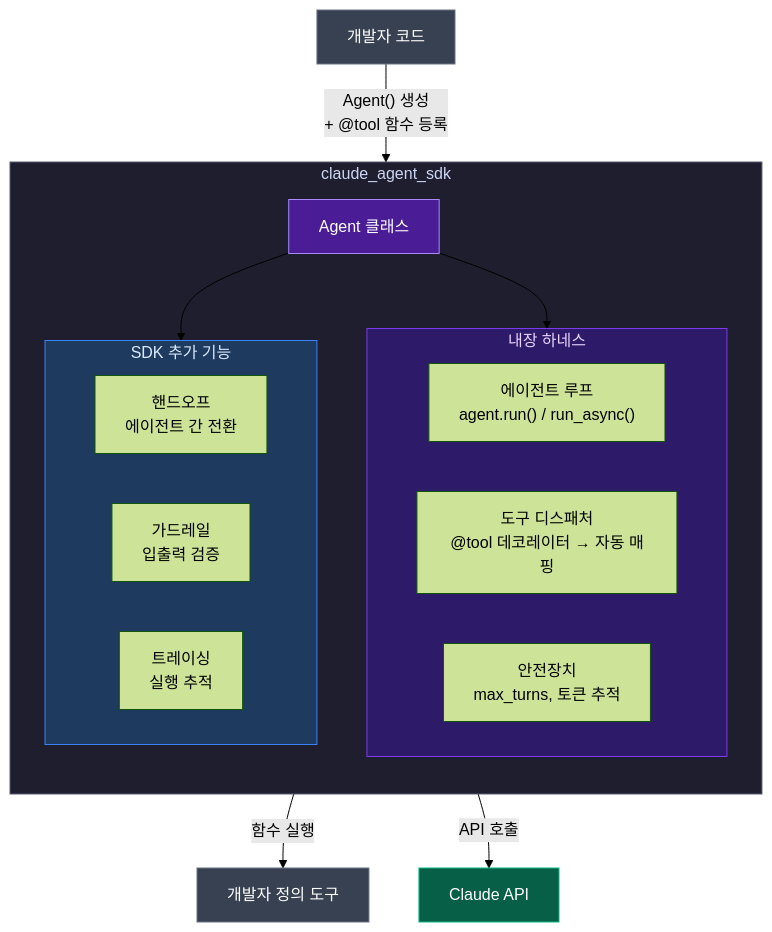
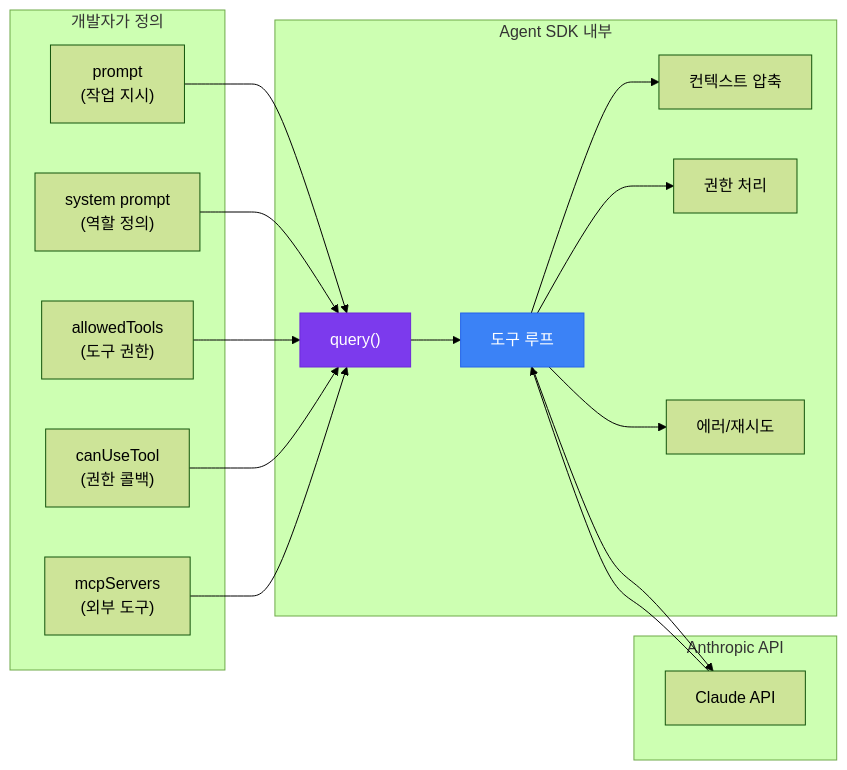
The first of 3 diagrams in Develop/AI/Claude/Claude_Agent.md (GYUTORY/YGSTUDY), drawn with Mermaid (forest theme) before and after one commit. The commit also changed other lines of this file and 4 other files, not shown here.

Commit message:
docs(AI/Claude): claude 에이전트

````diff
--- a/Develop/AI/Claude/Claude_Agent.md
+++ b/Develop/AI/Claude/Claude_Agent.md
@@ -522,35 +21,37 @@
 ```mermaid
-graph TB
-    subgraph SDK["claude_agent_sdk"]
-        direction TB
-        AGENT["Agent 클래스"]
-
-        subgraph HARNESS["내장 하네스"]
-            direction LR
-            LOOP["에이전트 루프<br/>agent.run() / run_async()"]
-            DISPATCH["도구 디스패처<br/>@tool 데코레이터 → 자동 매핑"]
-            SAFETY["안전장치<br/>max_turns, 토큰 추적"]
-        end
-
-        subgraph FEATURES["SDK 추가 기능"]
-            direction LR
-            HANDOFF["핸드오프<br/>에이전트 간 전환"]
-            GUARDRAIL["가드레일<br/>입출력 검증"]
-            TRACE["트레이싱<br/>실행 추적"]
-        end
+graph LR
+    subgraph 개발자가 정의
+        P["prompt<br/>(작업 지시)"]
+        S["system prompt<br/>(역할 정의)"]
+        T["allowedTools<br/>(도구 권한)"]
+        C["canUseTool<br/>(권한 콜백)"]
+        M["mcpServers<br/>(외부 도구)"]
     end
 
-    DEV["개발자 코드"] -->|"Agent() 생성<br/>+ @tool 함수 등록"| AGENT
-    AGENT --> HARNESS
-    AGENT --> FEATURES
-    HARNESS -->|"API 호출"| API["Claude API"]
-    DISPATCH -->|"함수 실행"| TOOLS["개발자 정의 도구"]
+    subgraph Agent SDK 내부
+        Q["query()"]
+        L["도구 루프"]
+        CM["컨텍스트 압축"]
+        PERM["권한 처리"]
+        ERR["에러/재시도"]
+    end
 
-    style SDK fill:#1e1e2e,stroke:#585b70,color:#cdd6f4
-    style HARNESS fill:#2d1b69,stroke:#7c3aed,color:#e9d5ff
-    style FEATURES fill:#1e3a5f,stroke:#3b82f6,color:#dbeafe
-    style AGENT fill:#4a1d96,stroke:#a78bfa,color:#fff
-    style DEV fill:#374151,stroke:#6b7280,color:#fff
-    style API fill:#065f46,stroke:#10b981,color:#fff
-    style TOOLS fill:#374151,stroke:#6b7280,color:#fff
+    subgraph Anthropic API
+        API["Claude API"]
+    end
+
+    P --> Q
+    S --> Q
+    T --> Q
+    C --> Q
+    M --> Q
+    Q --> L
+    L --> PERM
+    L --> CM
+    L --> ERR
+    L --> API
+    API --> L
+
+    style Q fill:#7c3aed,stroke:#6d28d9,color:#fff
+    style L fill:#3b82f6,stroke:#2563eb,color:#fff
 ```
````
